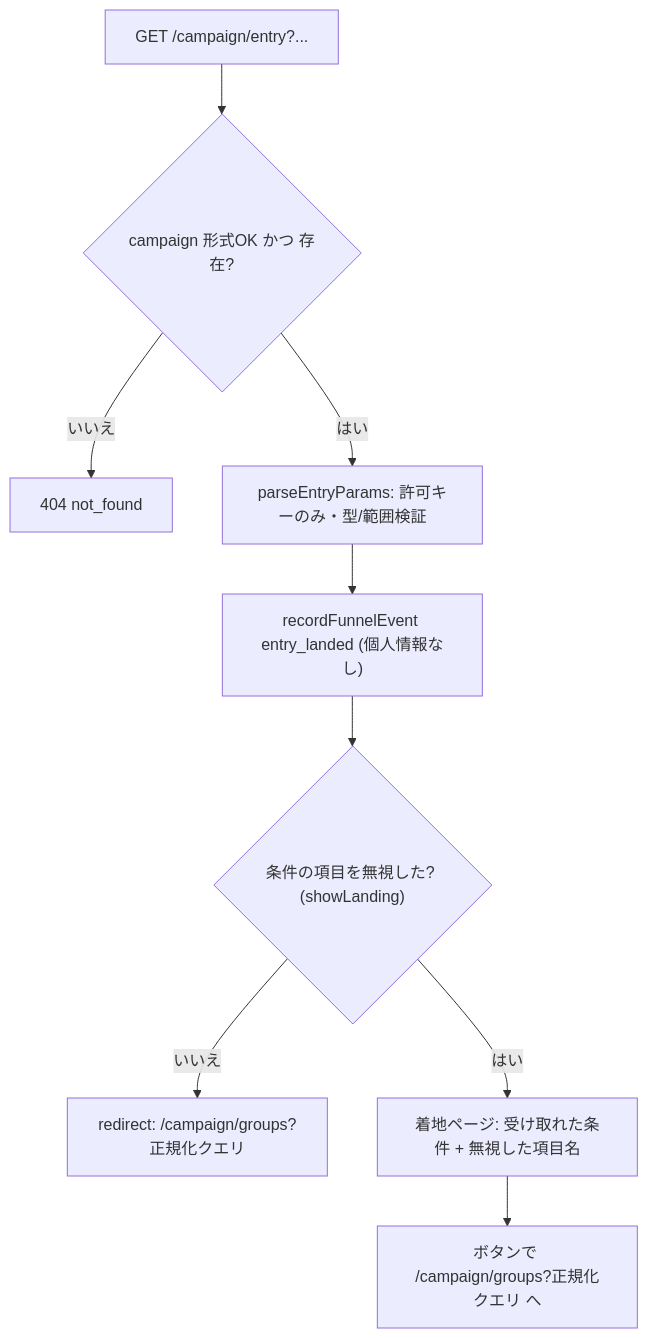
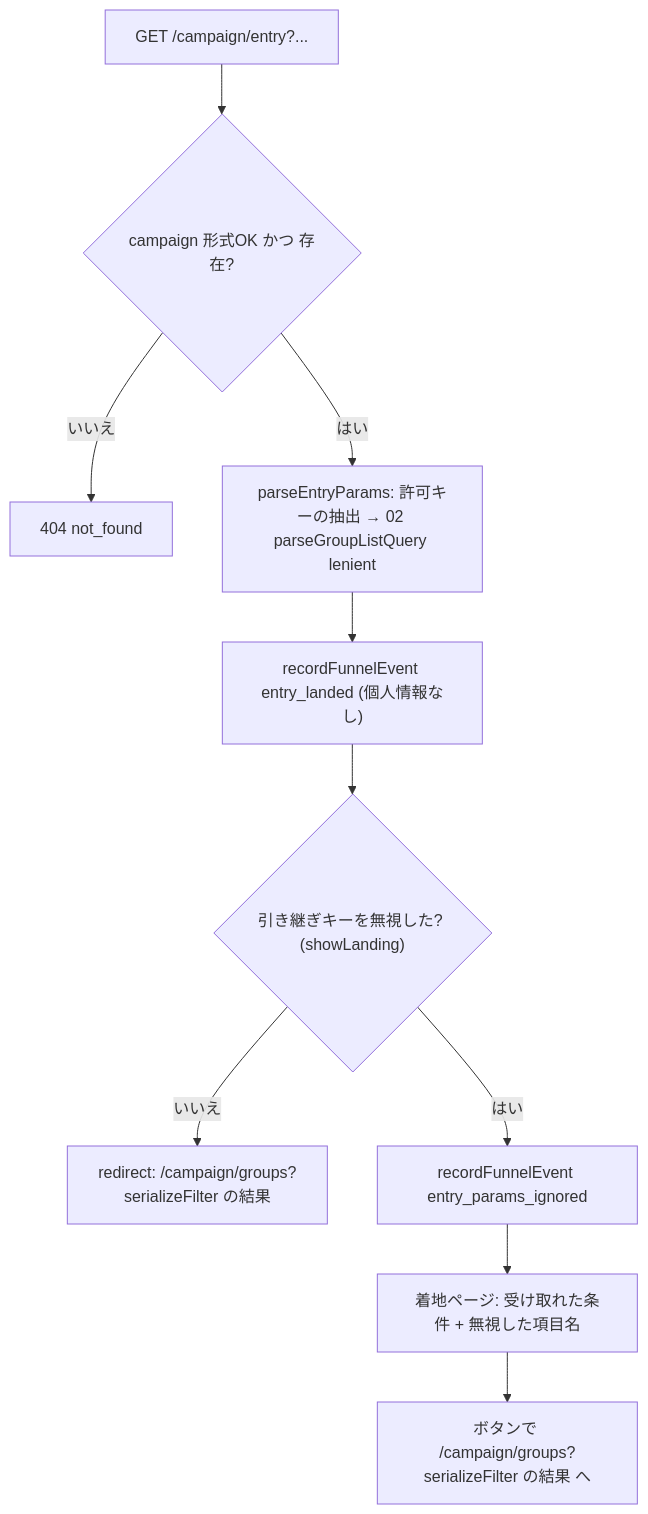
Before and after one commit to masahirosako1005/MC-006: the diagram in docs/feature/11-entry-and-official.md, drawn with Mermaid. The commit also changed other lines of this file and 34 other files, not shown here.

````diff
--- a/docs/feature/11-entry-and-official.md
+++ b/docs/feature/11-entry-and-official.md
@@ -82,11 +84,12 @@
 ```mermaid
 flowchart TD
   A["GET /campaign/entry?..."] --> B{"campaign 形式OK かつ 存在?"}
   B -- いいえ --> N["404 not_found"]
-  B -- はい --> C["parseEntryParams: 許可キーのみ・型/範囲検証"]
+  B -- はい --> C["parseEntryParams: 許可キーの抽出 → 02 parseGroupListQuery lenient"]
   C --> D["recordFunnelEvent entry_landed (個人情報なし)"]
-  D --> E{"条件の項目を無視した? (showLanding)"}
-  E -- いいえ --> R["redirect: /campaign/groups?正規化クエリ"]
-  E -- はい --> L["着地ページ: 受け取れた条件 + 無視した項目名"]
-  L --> R2["ボタンで /campaign/groups?正規化クエリ へ"]
+  D --> E{"引き継ぎキーを無視した? (showLanding)"}
+  E -- いいえ --> R["redirect: /campaign/groups?serializeFilter の結果"]
+  E -- はい --> I["recordFunnelEvent entry_params_ignored"]
+  I --> L["着地ページ: 受け取れた条件 + 無視した項目名"]
+  L --> R2["ボタンで /campaign/groups?serializeFilter の結果 へ"]
 ```
````
